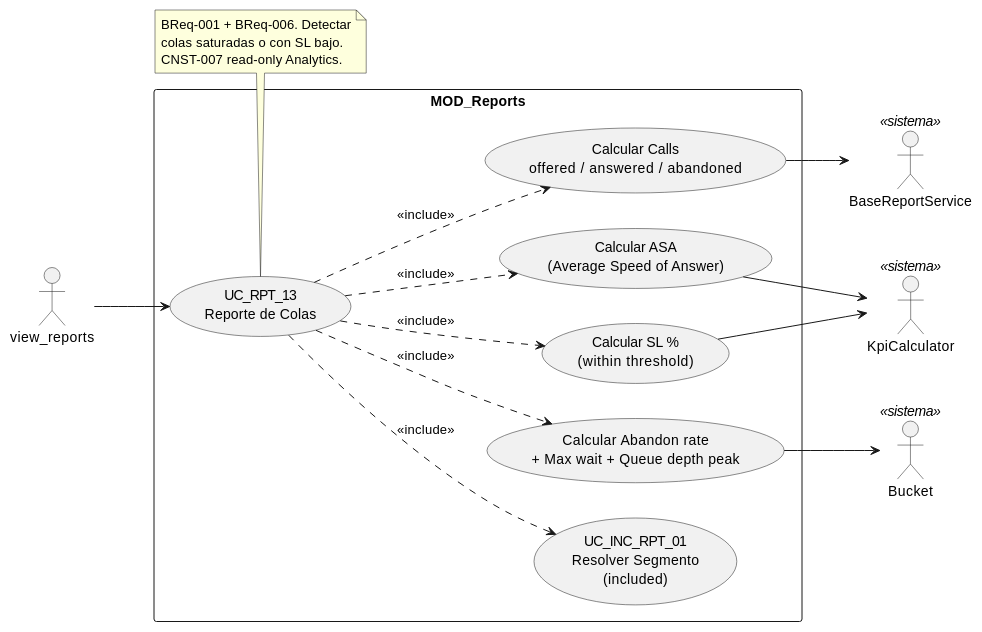
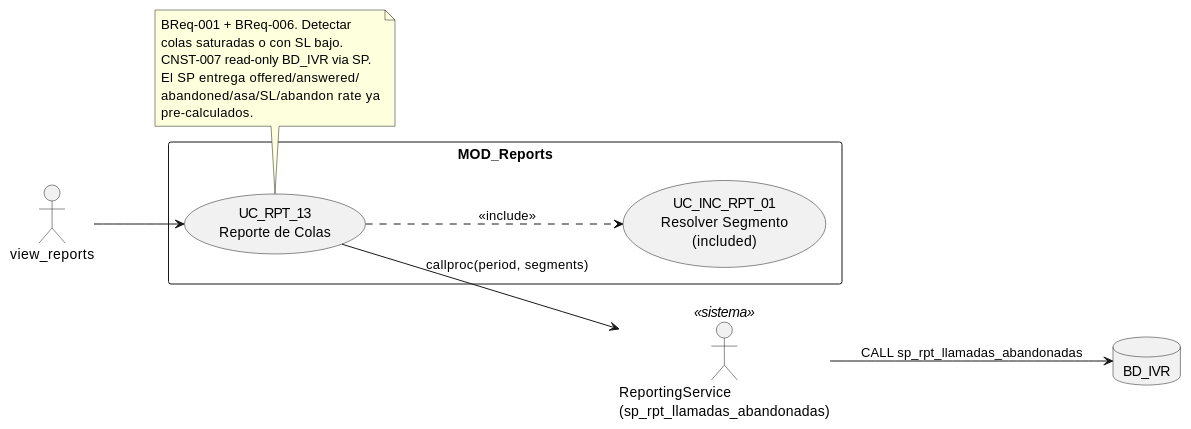
The diagram in source/requisitos/casos-uso/reports/uc-rpt-13/diagramas-uml/diagrama-de-caso-de-uso.rst (jcg-admin/IACT-docs), drawn with PlantUML before and after one commit. The commit also changed 8 other files, not shown here.

```diff
--- a/source/requisitos/casos-uso/reports/uc-rpt-13/diagramas-uml/diagrama-de-caso-de-uso.rst
+++ b/source/requisitos/casos-uso/reports/uc-rpt-13/diagramas-uml/diagrama-de-caso-de-uso.rst
@@ -4,40 +4,31 @@
 .. uml::
  :caption: UC_RPT_13 — actores y casos asociados
 
  @startuml
 
  left to right direction
 
  actor "view_reports" as INVOKER
- actor "BaseReportService" as SVC <<sistema>>
- actor "Bucket" as BK <<sistema>>
- actor "KpiCalculator" as KPI <<sistema>>
+ actor "ReportingService\n(sp_rpt_llamadas_abandonadas)" as SP <<sistema>>
+ database "BD_IVR" as BDIVR
 
  rectangle "MOD_Reports" {
    usecase "UC_RPT_13\nReporte de Colas" as UC_RPT_13
    usecase "UC_INC_RPT_01\nResolver Segmento\n(included)" as UC_INC_RPT_01
-   usecase "Calcular Calls\noffered / answered / abandoned" as METRIC_VOL
-   usecase "Calcular ASA\n(Average Speed of Answer)" as METRIC_ASA
-   usecase "Calcular SL %\n(within threshold)" as METRIC_SL
-   usecase "Calcular Abandon rate\n+ Max wait + Queue depth peak" as METRIC_QUEUE
  }
 
  INVOKER --> UC_RPT_13
  UC_RPT_13 ..> UC_INC_RPT_01 : <<include>>
- UC_RPT_13 ..> METRIC_VOL : <<include>>
- UC_RPT_13 ..> METRIC_ASA : <<include>>
- UC_RPT_13 ..> METRIC_SL : <<include>>
- UC_RPT_13 ..> METRIC_QUEUE : <<include>>
-
- METRIC_VOL --> SVC
- METRIC_ASA --> KPI
- METRIC_SL --> KPI
- METRIC_QUEUE --> BK
+ UC_RPT_13 --> SP : callproc(period, segments)
+ SP --> BDIVR : CALL sp_rpt_llamadas_abandonadas
 
  note bottom of UC_RPT_13
    BReq-001 + BReq-006. Detectar
    colas saturadas o con SL bajo.
-   CNST-007 read-only Analytics.
+   CNST-007 read-only BD_IVR via SP.
+   El SP entrega offered/answered/
+   abandoned/asa/SL/abandon rate ya
+   pre-calculados.
  end note
 
  @enduml
```
